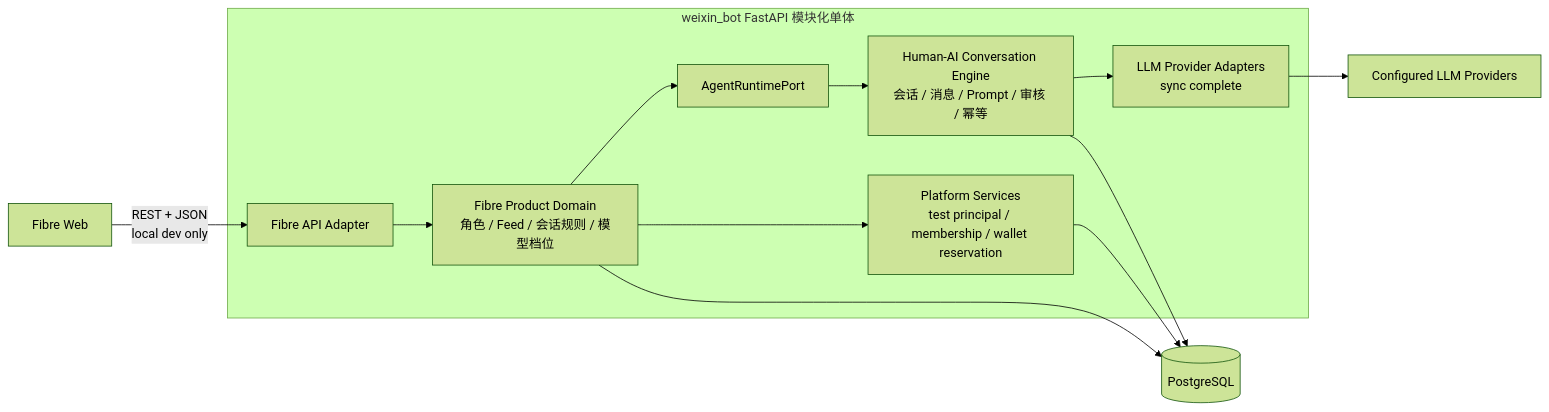
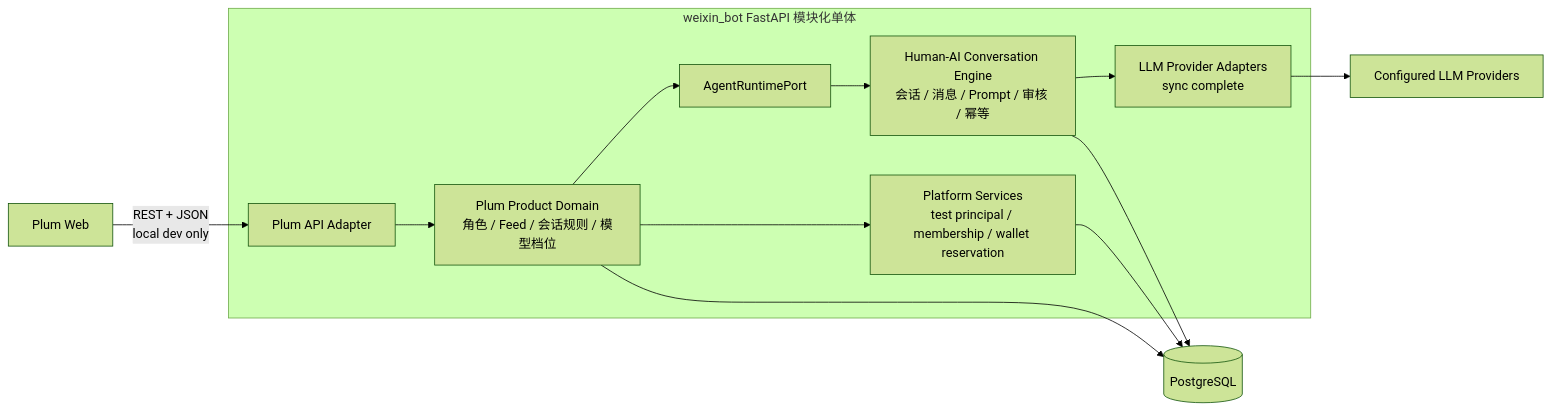
Before and after one commit to melinazhang0615-eng/plum_chat: the first of 2 diagrams in docs/TECH-03-backend-agent-integration.md, drawn with Mermaid (forest theme). The commit also changed other lines of this file and 18 other files, not shown here.

````diff
--- a/docs/TECH-03-backend-agent-integration.md
+++ b/docs/TECH-03-backend-agent-integration.md
@@ -78,17 +78,17 @@
 ```mermaid
 flowchart LR
-    WEB["Fibre Web"] -->|"REST + JSON\nlocal dev only"| API["Fibre API Adapter"]
+    WEB["Plum Web"] -->|"REST + JSON\nlocal dev only"| API["Plum API Adapter"]
 
     subgraph BE["weixin_bot FastAPI 模块化单体"]
-        API --> FD["Fibre Product Domain\n角色 / Feed / 会话规则 / 模型档位"]
+        API --> FD["Plum Product Domain\n角色 / Feed / 会话规则 / 模型档位"]
         FD --> PORT["AgentRuntimePort"]
         PORT --> CORE["Human-AI Conversation Engine\n会话 / 消息 / Prompt / 审核 / 幂等"]
         CORE --> LLM["LLM Provider Adapters\nsync complete"]
         FD --> PLATFORM["Platform Services\ntest principal / membership / wallet reservation"]
     end
 
     FD --> PG[("PostgreSQL")]
     CORE --> PG
     PLATFORM --> PG
     LLM --> PROVIDERS["Configured LLM Providers"]
 ```
````
